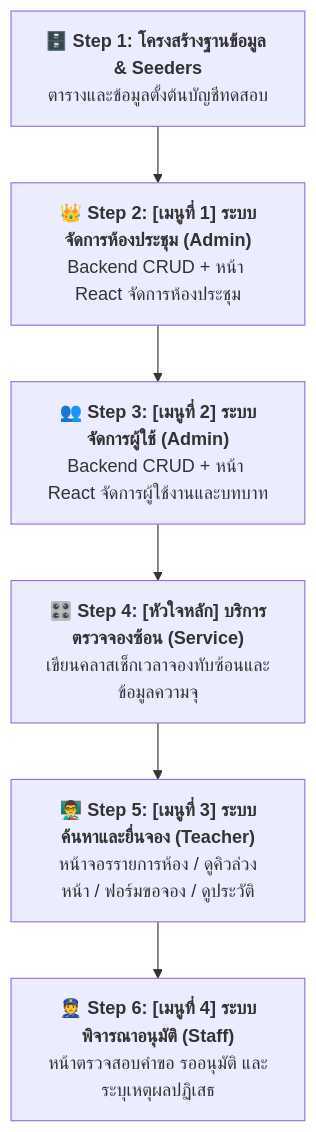
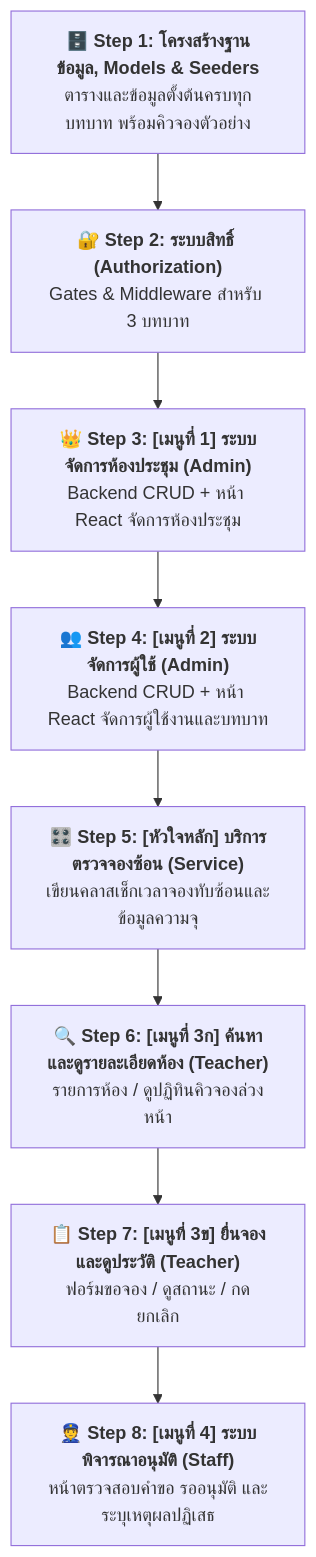
One commit to Krungsri/laravel-vibecode changed the first of 3 diagrams in 02-workshop.md. Above: the diagram before and after it, drawn with Mermaid. The commit also changed other lines of this file and 2 other files, not shown here.

````diff
--- a/02-workshop.md
+++ b/02-workshop.md
@@ -37,8 +37,10 @@
 ```mermaid
 flowchart TD
-    A["🗄️ <b>Step 1: โครงสร้างฐานข้อมูล & Seeders</b><br>ตารางและข้อมูลตั้งต้นบัญชีทดสอบ"] --> B["👑 <b>Step 2: [เมนูที่ 1] ระบบจัดการห้องประชุม (Admin)</b><br>Backend CRUD + หน้า React จัดการห้องประชุม"]
-    B --> C["👥 <b>Step 3: [เมนูที่ 2] ระบบจัดการผู้ใช้ (Admin)</b><br>Backend CRUD + หน้า React จัดการผู้ใช้งานและบทบาท"]
-    C --> D["🎛️ <b>Step 4: [หัวใจหลัก] บริการตรวจจองซ้อน (Service)</b><br>เขียนคลาสเช็กเวลาจองทับซ้อนและข้อมูลความจุ"]
-    D --> E["👨‍🏫 <b>Step 5: [เมนูที่ 3] ระบบค้นหาและยื่นจอง (Teacher)</b><br>หน้าจอรรายการห้อง / ดูคิวล่วงหน้า / ฟอร์มขอจอง / ดูประวัติ"]
-    E --> F["👮 <b>Step 6: [เมนูที่ 4] ระบบพิจารณาอนุมัติ (Staff)</b><br>หน้าตรวจสอบคำขอ รออนุมัติ และระบุเหตุผลปฏิเสธ"]
+    A["🗄️ <b>Step 1: โครงสร้างฐานข้อมูล, Models & Seeders</b><br>ตารางและข้อมูลตั้งต้นครบทุกบทบาท พร้อมคิวจองตัวอย่าง"] --> B["🔐 <b>Step 2: ระบบสิทธิ์ (Authorization)</b><br>Gates & Middleware สำหรับ 3 บทบาท"]
+    B --> C["👑 <b>Step 3: [เมนูที่ 1] ระบบจัดการห้องประชุม (Admin)</b><br>Backend CRUD + หน้า React จัดการห้องประชุม"]
+    C --> D["👥 <b>Step 4: [เมนูที่ 2] ระบบจัดการผู้ใช้ (Admin)</b><br>Backend CRUD + หน้า React จัดการผู้ใช้งานและบทบาท"]
+    D --> E["🎛️ <b>Step 5: [หัวใจหลัก] บริการตรวจจองซ้อน (Service)</b><br>เขียนคลาสเช็กเวลาจองทับซ้อนและข้อมูลความจุ"]
+    E --> F["🔍 <b>Step 6: [เมนูที่ 3ก] ค้นหาและดูรายละเอียดห้อง (Teacher)</b><br>รายการห้อง / ดูปฏิทินคิวจองล่วงหน้า"]
+    F --> G["📋 <b>Step 7: [เมนูที่ 3ข] ยื่นจองและดูประวัติ (Teacher)</b><br>ฟอร์มขอจอง / ดูสถานะ / กดยกเลิก"]
+    G --> H["👮 <b>Step 8: [เมนูที่ 4] ระบบพิจารณาอนุมัติ (Staff)</b><br>หน้าตรวจสอบคำขอ รออนุมัติ และระบุเหตุผลปฏิเสธ"]
 ```
````
